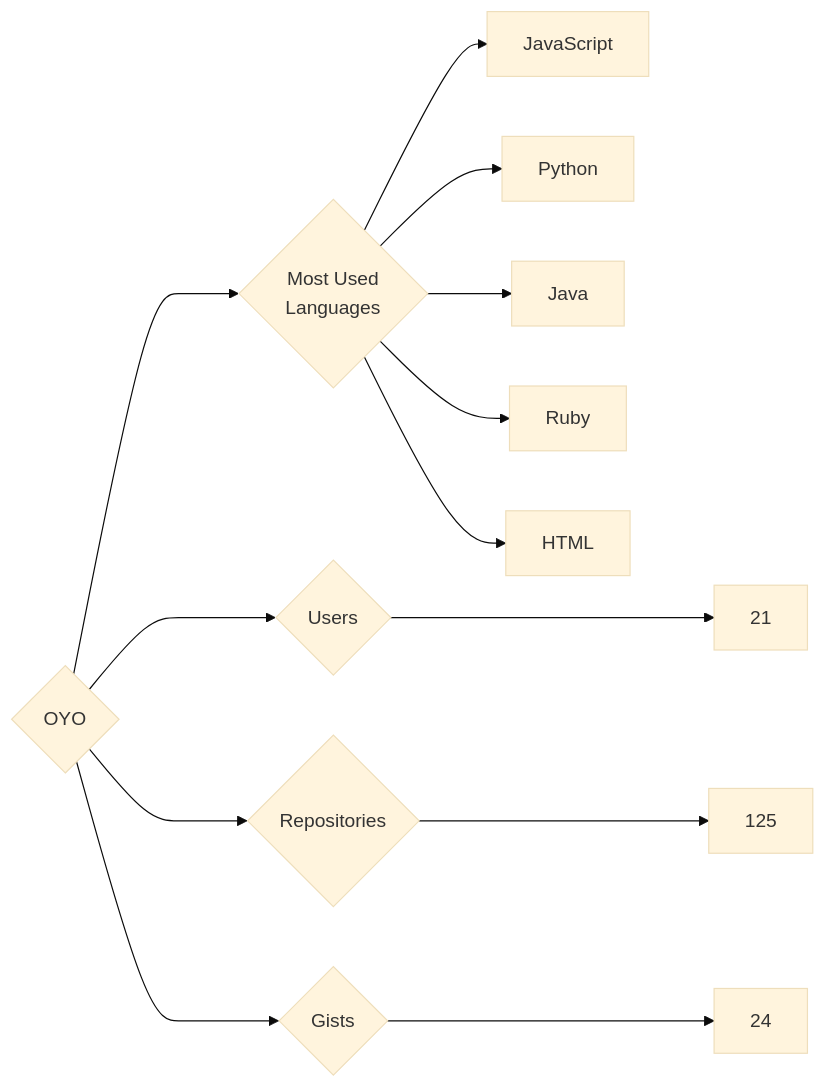
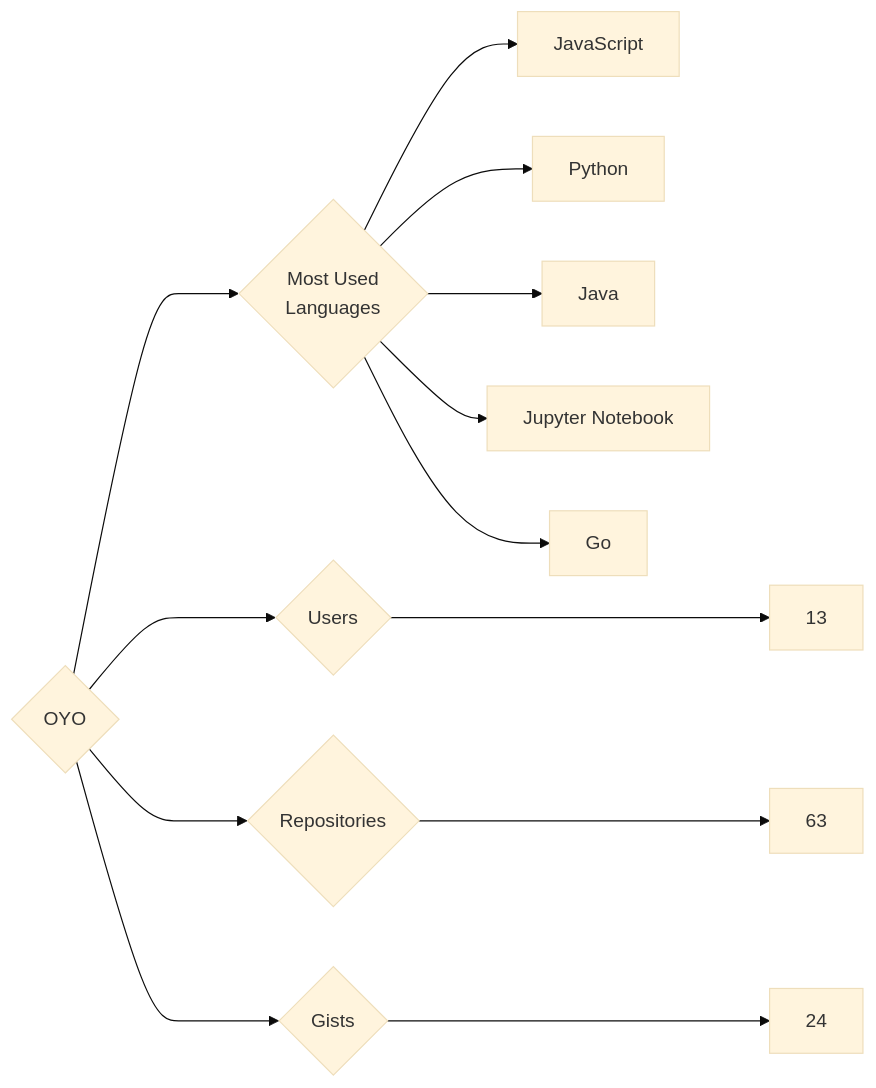
One commit to trickest/insiders changed the diagram in targets/OYO/README.md. Above: the diagram before and after it, drawn with Mermaid (base theme). The commit also changed 969 other files, not shown here.

````diff
--- a/targets/OYO/README.md
+++ b/targets/OYO/README.md
@@ -3,13 +3,13 @@
 ```mermaid
 graph LR
 COMPANY_NAME{OYO}
-COMPANY_NAME ---> U{Users} ---> UN[21]
-COMPANY_NAME ---> R{Repositories} ---> RN[125]
+COMPANY_NAME ---> U{Users} ---> UN[13]
+COMPANY_NAME ---> R{Repositories} ---> RN[63]
 COMPANY_NAME ---> G{Gists} ---> GN[24]
 COMPANY_NAME ---> ML{Most Used<br>Languages}
 ML --> JavaScript[JavaScript]
 ML --> Python[Python]
 ML --> Java[Java]
-ML --> Ruby[Ruby]
-ML --> HTML[HTML]
+ML --> Jupyter_Notebook[Jupyter Notebook]
+ML --> Go[Go]
 ```
````
